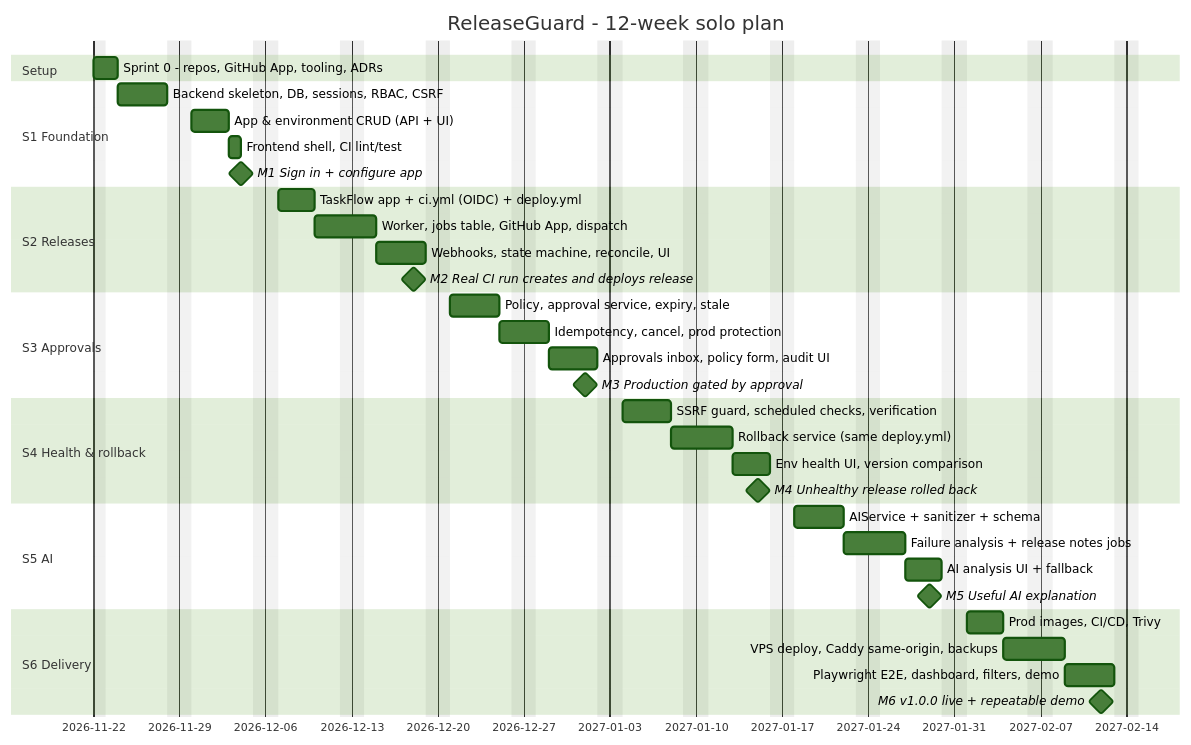
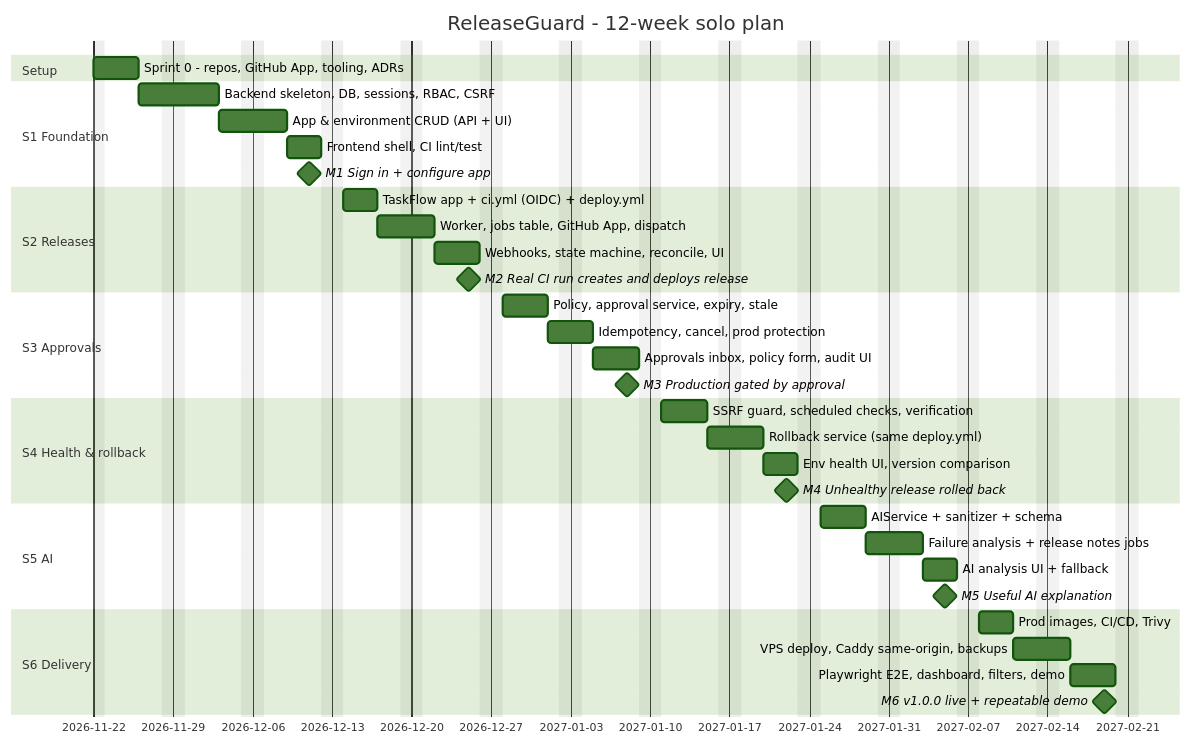
Before and after one commit to hamdounisabri1/releaseguard: the diagram in docs/PROJECT_PLAN.md, drawn with Mermaid (forest theme). The commit also changed other lines of this file and 10 other files, not shown here.

````diff
--- a/docs/PROJECT_PLAN.md
+++ b/docs/PROJECT_PLAN.md
@@ -51,45 +51,45 @@
 ```mermaid
 gantt
     title ReleaseGuard - 12-week solo plan
     dateFormat  YYYY-MM-DD
     excludes    weekends
 
     section Setup
-    Sprint 0 - repos, GitHub App, tooling, ADRs :s0, 2026-11-22, 2026-11-24
+    Sprint 0 - repos, GitHub App, tooling, ADRs :s0, 2026-11-22, 2026-11-26
 
     section S1 Foundation
-    Backend skeleton, DB, sessions, RBAC, CSRF :s1a, after s0, 4d
-    App & environment CRUD (API + UI)          :s1b, after s1a, 3d
-    Frontend shell, CI lint/test               :s1c, after s1b, 1d
-    M1 Sign in + configure app                 :milestone, m1, 2026-12-04, 0d
+    Backend skeleton, DB, sessions, RBAC, CSRF :s1a, 2026-11-26, 5d
+    App & environment CRUD (API + UI)          :s1b, after s1a, 4d
+    Frontend shell, CI lint/test               :s1c, after s1b, 3d
+    M1 Sign in + configure app                 :milestone, m1, 2026-12-11, 0d
 
     section S2 Releases
-    TaskFlow app + ci.yml (OIDC) + deploy.yml  :s2a, 2026-12-07, 3d
+    TaskFlow app + ci.yml (OIDC) + deploy.yml  :s2a, 2026-12-14, 3d
     Worker, jobs table, GitHub App, dispatch   :s2b, after s2a, 3d
     Webhooks, state machine, reconcile, UI     :s2c, after s2b, 4d
-    M2 Real CI run creates and deploys release :milestone, m2, 2026-12-18, 0d
+    M2 Real CI run creates and deploys release :milestone, m2, 2026-12-25, 0d
 
     section S3 Approvals
-    Policy, approval service, expiry, stale    :s3a, 2026-12-21, 4d
+    Policy, approval service, expiry, stale    :s3a, 2026-12-28, 4d
     Idempotency, cancel, prod protection       :s3b, after s3a, 2d
     Approvals inbox, policy form, audit UI     :s3c, after s3b, 4d
-    M3 Production gated by approval            :milestone, m3, 2027-01-01, 0d
+    M3 Production gated by approval            :milestone, m3, 2027-01-08, 0d
 
     section S4 Health & rollback
-    SSRF guard, scheduled checks, verification :s4a, 2027-01-04, 4d
+    SSRF guard, scheduled checks, verification :s4a, 2027-01-11, 4d
     Rollback service (same deploy.yml)         :s4b, after s4a, 3d
     Env health UI, version comparison          :s4c, after s4b, 3d
-    M4 Unhealthy release rolled back           :milestone, m4, 2027-01-15, 0d
+    M4 Unhealthy release rolled back           :milestone, m4, 2027-01-22, 0d
 
     section S5 AI
-    AIService + sanitizer + schema             :s5a, 2027-01-18, 4d
+    AIService + sanitizer + schema             :s5a, 2027-01-25, 4d
     Failure analysis + release notes jobs      :s5b, after s5a, 3d
     AI analysis UI + fallback                  :s5c, after s5b, 3d
-    M5 Useful AI explanation                   :milestone, m5, 2027-01-29, 0d
+    M5 Useful AI explanation                   :milestone, m5, 2027-02-05, 0d
 
     section S6 Delivery
-    Prod images, CI/CD, Trivy                  :s6a, 2027-02-01, 3d
+    Prod images, CI/CD, Trivy                  :s6a, 2027-02-08, 3d
     VPS deploy, Caddy same-origin, backups     :s6b, after s6a, 3d
     Playwright E2E, dashboard, filters, demo   :s6c, after s6b, 4d
-    M6 v1.0.0 live + repeatable demo           :milestone, m6, 2027-02-12, 0d
+    M6 v1.0.0 live + repeatable demo           :milestone, m6, 2027-02-19, 0d
 ```
````
